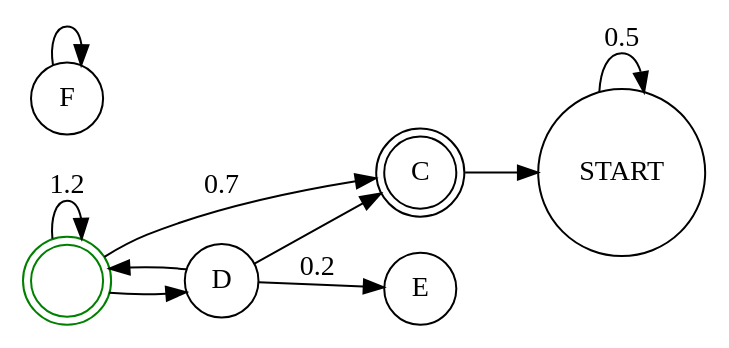
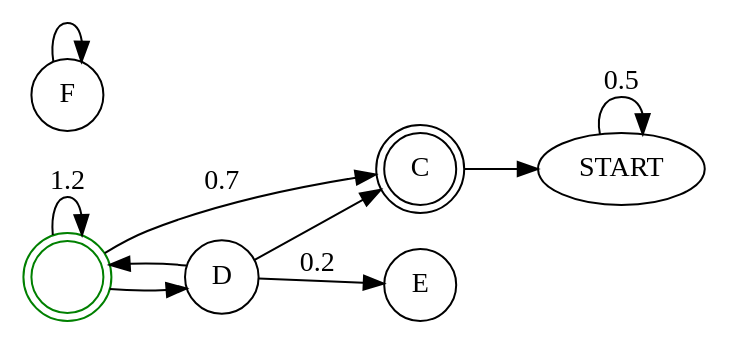
Before and after one commit to andrelago13/COMP: the diagram in examples vis/teste2.dot, drawn with Graphviz. The commit also changed 1 other file, not shown here.

```diff
--- a/examples vis/teste2.dot
+++ b/examples vis/teste2.dot
@@ -1,19 +1,20 @@
 digraph {
   rankdir=LR;
+  START;
   node [shape = doublecircle]; B C;
   node [shape = circle];
   START -> START[label=0.5];
   B -> B[label=1.2];
   B -> C[label=0.7];
   C -> START;
   B -> D;
   D -> {B; C}
   D -> E[label=0.2];
   F -> F;
   
   B [
   	fontcolor=white,
   	color=green,
   	peripheries=2
   ];
 }
```
